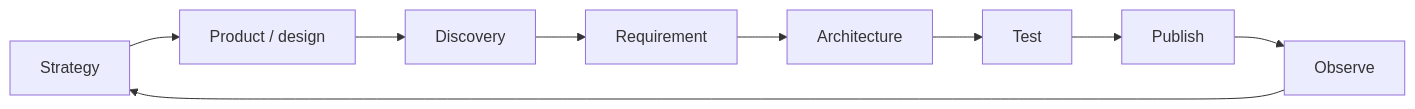
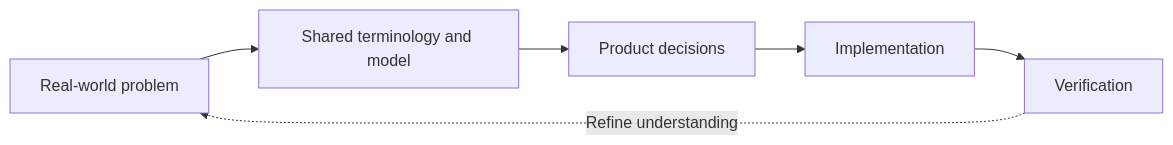
One commit to DecisionNerd/DocSlime changed the diagram in docs/PRODUCT.md. Above: the diagram before and after it, drawn with Mermaid. The commit also changed other lines of this file and 28 other files, not shown here.

````diff
--- a/docs/PRODUCT.md
+++ b/docs/PRODUCT.md
@@ -32,11 +32,8 @@
 ```mermaid
 flowchart LR
-    Strategy["Strategy"] --> ProductDesign["Product / design"]
-    ProductDesign --> Discovery["Discovery"]
-    Discovery --> Requirement["Requirement"]
-    Requirement --> Architecture["Architecture"]
-    Architecture --> Test["Test"]
-    Test --> Publish["Publish"]
-    Publish --> Observe["Observe"]
-    Observe --> Strategy
+    Problem["Real-world problem"] --> Model["Shared terminology and model"]
+    Model --> Decisions["Product decisions"]
+    Decisions --> Implementation["Implementation"]
+    Implementation --> Verification["Verification"]
+    Verification -. "Refine understanding" .-> Problem
 ```
````
